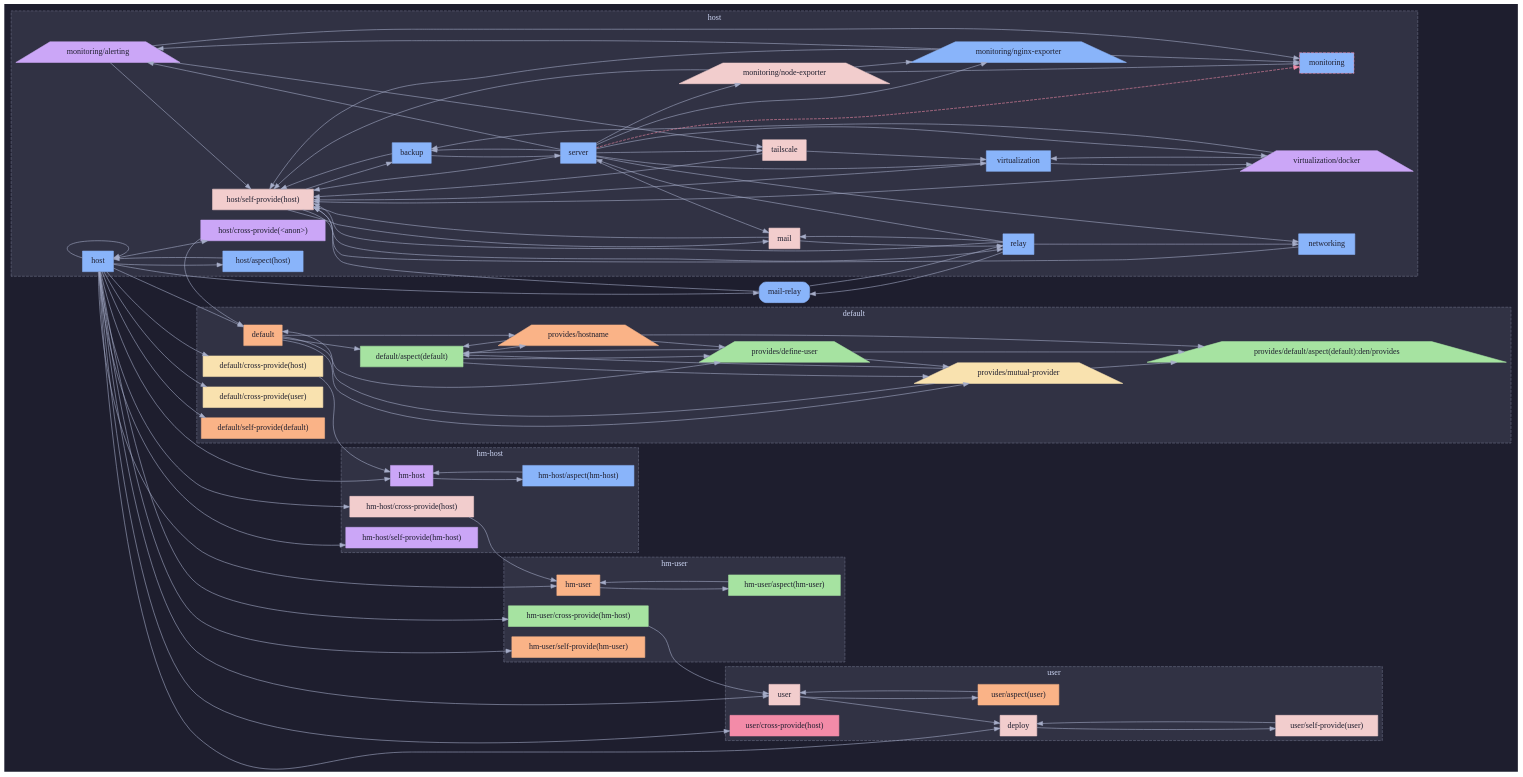
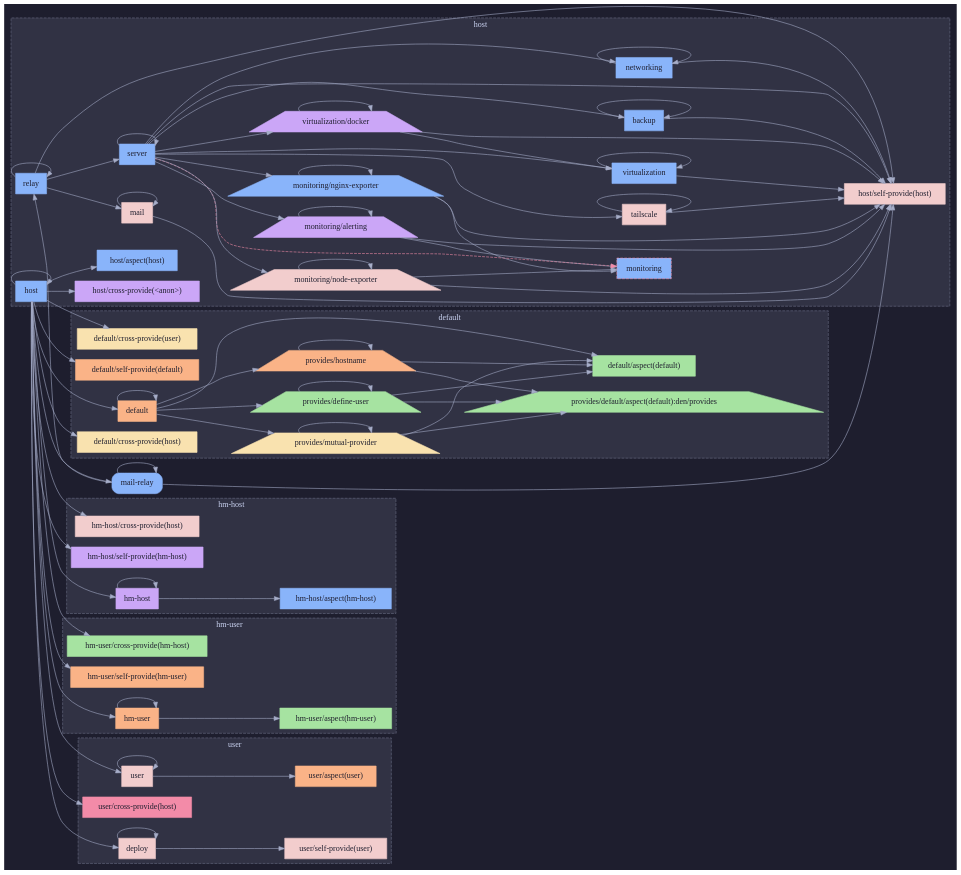
One commit to sini/den changed the second of 3 diagrams in templates/diag-fx-demo/diagrams/mail-relay-dag.md. Above: the diagram before and after it, drawn with Graphviz. The commit also changed other lines of this file and 849 other files, not shown here.

Commit message:
chore: update fx diagrams

```diff
--- a/templates/diag-fx-demo/diagrams/mail-relay-dag.md
+++ b/templates/diag-fx-demo/diagrams/mail-relay-dag.md
@@ -282,32 +272,28 @@
   user__self_provide_user_ [label="user/self-provide(user)",shape=box,style=filled,fillcolor="#f2cdcd",color="#f2cdcd",fontcolor="#1e1e2e"];
   }
 
+  backup -> backup;
   backup -> host__self_provide_host_;
-  backup -> server;
+  n_default -> n_default;
   n_default -> default__aspect_default_;
   n_default -> den__provides__define_user;
   n_default -> den__provides__hostname;
   n_default -> den__provides__mutual_provider;
-  default__aspect_default_ -> den__provides__define_user;
-  default__aspect_default_ -> den__provides__hostname;
-  default__aspect_default_ -> den__provides__mutual_provider;
-  default__cross_provide_host_ -> hm_host;
   den__provides__define_user -> default__aspect_default_;
   den__provides__define_user -> den__provides__default__aspect_default__den__provides;
-  den__provides__define_user -> den__provides__mutual_provider;
+  den__provides__define_user -> den__provides__define_user;
   den__provides__hostname -> default__aspect_default_;
   den__provides__hostname -> den__provides__default__aspect_default__den__provides;
-  den__provides__hostname -> den__provides__define_user;
-  den__provides__mutual_provider -> n_default;
+  den__provides__hostname -> den__provides__hostname;
   den__provides__mutual_provider -> default__aspect_default_;
   den__provides__mutual_provider -> den__provides__default__aspect_default__den__provides;
+  den__provides__mutual_provider -> den__provides__mutual_provider;
+  deploy -> deploy;
   deploy -> user__self_provide_user_;
+  hm_host -> hm_host;
   hm_host -> hm_host__aspect_hm_host_;
-  hm_host__aspect_hm_host_ -> hm_host;
-  hm_host__cross_provide_host_ -> hm_user;
+  hm_user -> hm_user;
   hm_user -> hm_user__aspect_hm_user_;
-  hm_user__aspect_hm_user_ -> hm_user;
-  hm_user__cross_provide_hm_host_ -> user;
   host -> n_default;
   host -> default__cross_provide_host_;
   host -> default__cross_provide_user_;
@@ -325,47 +311,41 @@
   host -> mail_relay;
   host -> user;
   host -> user__cross_provide_host_;
-  host__aspect_host_ -> host;
-  host__cross_provide__anon__ -> n_default;
-  host__self_provide_host_ -> backup;
-  host__self_provide_host_ -> mail;
-  host__self_provide_host_ -> relay;
   mail -> host__self_provide_host_;
-  mail -> relay;
+  mail -> mail;
   mail_relay -> host__self_provide_host_;
+  mail_relay -> mail_relay;
   mail_relay -> relay;
+  monitoring__alerting -> monitoring__alerting;
   monitoring__alerting -> host__self_provide_host_;
-  monitoring__alerting -> tailscale;
-  monitoring__nginx_exporter -> monitoring__alerting;
   monitoring__nginx_exporter -> host__self_provide_host_;
+  monitoring__nginx_exporter -> monitoring__nginx_exporter;
   monitoring__node_exporter -> host__self_provide_host_;
-  monitoring__node_exporter -> monitoring__nginx_exporter;
+  monitoring__node_exporter -> monitoring__node_exporter;
   networking -> host__self_provide_host_;
+  networking -> networking;
   relay -> host__self_provide_host_;
   relay -> mail;
-  relay -> mail_relay;
-  relay -> networking;
+  relay -> relay;
   relay -> server;
   server -> monitoring__alerting;
   server -> backup;
   server -> virtualization__docker;
   server -> host__self_provide_host_;
-  server -> mail;
   server -> monitoring [style=dashed,color="#f38ba8"];
   server -> networking;
   server -> monitoring__nginx_exporter;
   server -> monitoring__node_exporter;
+  server -> server;
   server -> tailscale;
   server -> virtualization;
   tailscale -> host__self_provide_host_;
-  tailscale -> virtualization;
-  user -> deploy;
+  tailscale -> tailscale;
+  user -> user;
   user -> user__aspect_user_;
-  user__aspect_user_ -> user;
-  user__self_provide_user_ -> deploy;
-  virtualization -> virtualization__docker;
   virtualization -> host__self_provide_host_;
-  virtualization__docker -> backup;
+  virtualization -> virtualization;
+  virtualization__docker -> virtualization__docker;
   virtualization__docker -> host__self_provide_host_;
   monitoring__node_exporter -> monitoring;
   monitoring__nginx_exporter -> monitoring;
```
